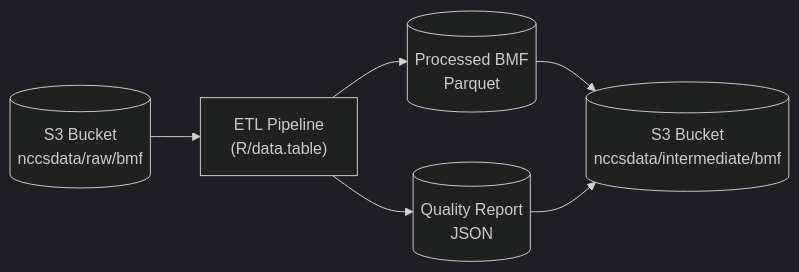
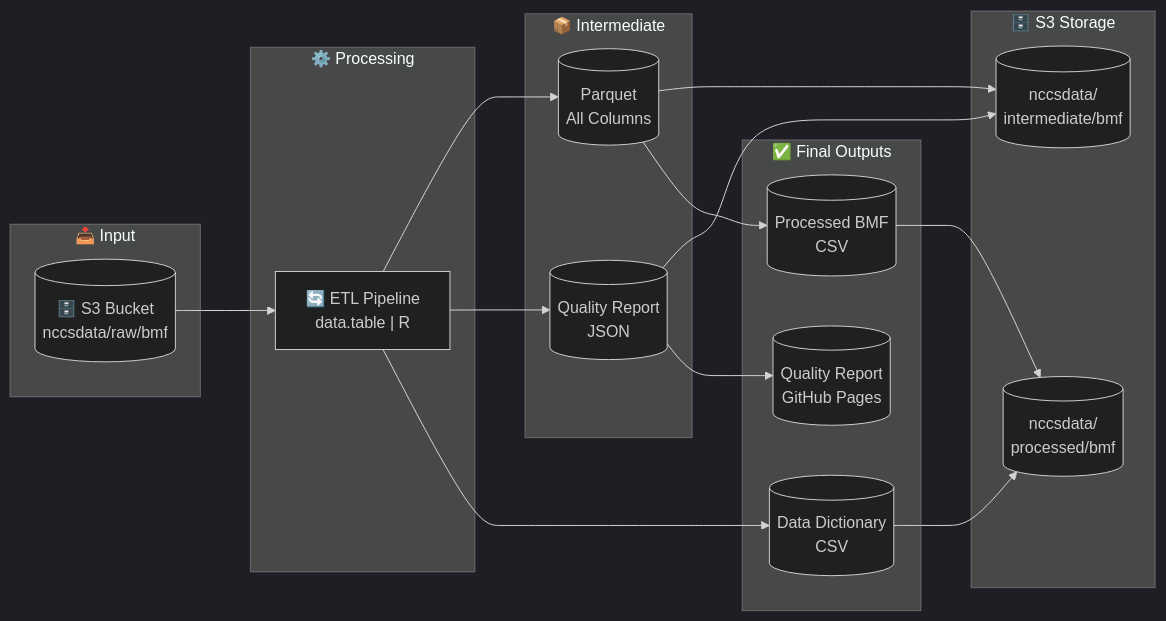
The diagram in docs/index.qmd (UrbanInstitute/nccs-data-bmf), drawn with Mermaid (dark theme) before and after one commit. The commit also changed other lines of this file and 35 other files, not shown here.

````diff
--- a/docs/index.qmd
+++ b/docs/index.qmd
@@ -13,8 +13,37 @@
 ```{mermaid}
 flowchart LR
-    A[("S3 Bucket<br/>nccsdata/raw/bmf")] --> B["ETL Pipeline<br/>(R/data.table)"]
-    B --> C[("Processed BMF<br/>Parquet")]
-    B --> D[("Quality Report<br/>JSON")]
-    C --> E[("S3 Bucket<br/>nccsdata/intermediate/bmf")]
+    subgraph input["📥 Input"]
+        A[("🗄️ S3 Bucket<br/>nccsdata/raw/bmf")]
+    end
+
+    subgraph process["⚙️ Processing"]
+        B["🔄 ETL Pipeline<br/>data.table | R"]
+    end
+
+    subgraph intermediate["📦 Intermediate"]
+        C[("Parquet<br/>All Columns")]
+        D[("Quality Report<br/>JSON")]
+    end
+
+    subgraph final["✅ Final Outputs"]
+        F[("Processed BMF<br/>CSV")]
+        G[("Data Dictionary<br/>CSV")]
+        H[("Quality Report<br/>GitHub Pages")]
+    end
+
+    subgraph storage["🗄️ S3 Storage"]
+        E[("nccsdata/<br/>intermediate/bmf")]
+        I[("nccsdata/<br/>processed/bmf")]
+    end
+
+    A --> B
+    B --> C
+    B --> D
+    B --> G
+    C --> E
     D --> E
+    C --> F
+    D --> H
+    F --> I
+    G --> I
 ```
````
